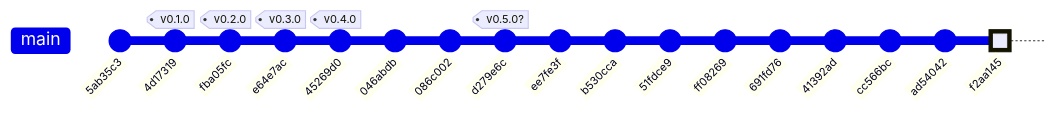
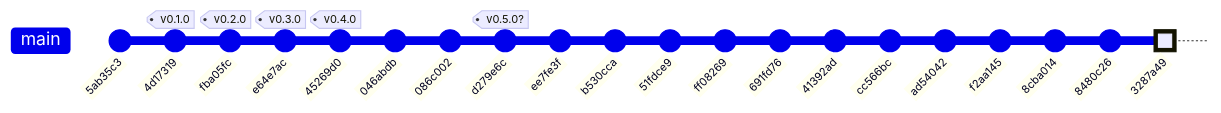
One commit to x-force-42/mmb-core changed the second of 4 diagrams in docs/arvore.md. Above: the diagram before and after it, drawn with Mermaid. The commit also changed other lines of this file and 2 other files, not shown here.

````diff
--- a/docs/arvore.md
+++ b/docs/arvore.md
@@ -99,20 +102,23 @@
 ```mermaid
 gitGraph
    commit id: "5ab35c3"
    commit id: "4d17319" tag: "v0.1.0"
    commit id: "fba05fc" tag: "v0.2.0"
    commit id: "e64e7ac" tag: "v0.3.0"
    commit id: "45269d0" tag: "v0.4.0"
    commit id: "046abdb"
    commit id: "086c002"
    commit id: "d279e6c" tag: "v0.5.0?"
    commit id: "ee7fe3f"
    commit id: "b530cca"
    commit id: "51fdce9"
    commit id: "ff08269"
    commit id: "691fd76"
    commit id: "41392ad"
    commit id: "cc566bc"
    commit id: "ad54042"
-   commit id: "f2aa145" type: HIGHLIGHT
+   commit id: "f2aa145"
+   commit id: "8cba014"
+   commit id: "8480c26"
+   commit id: "3287a49" type: HIGHLIGHT
 ```
````
